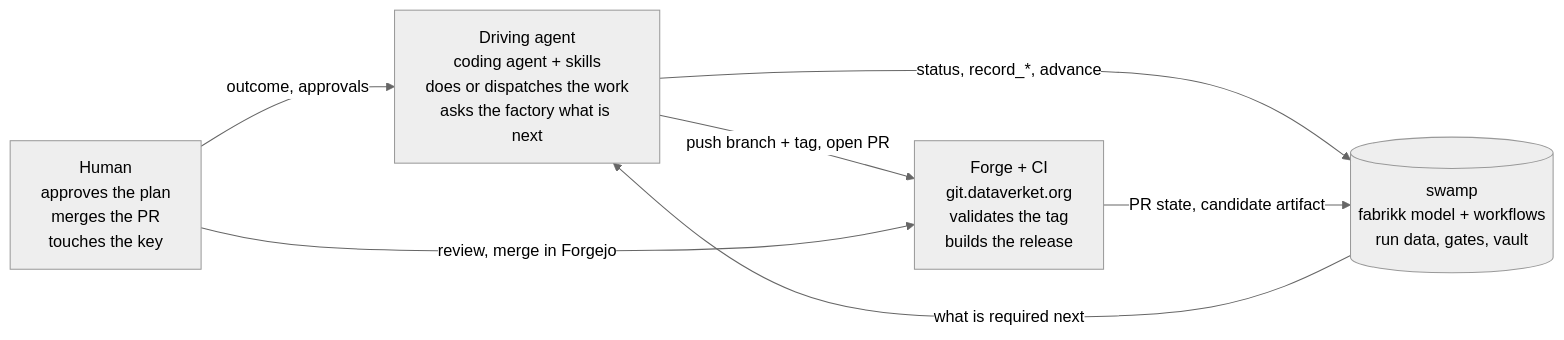
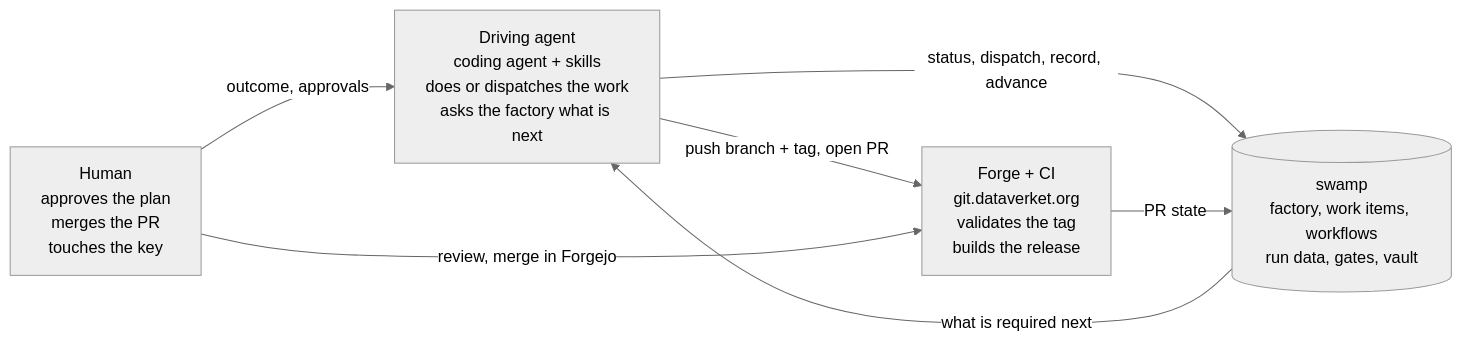
One commit to dataverket-org/fabrikk changed the first of 2 diagrams in design/factory.md. Above: the diagram before and after it, drawn with Mermaid (neutral theme). The commit also changed other lines of this file and 41 other files, not shown here.

````diff
--- a/design/factory.md
+++ b/design/factory.md
@@ -19,13 +19,13 @@
 ```mermaid
 flowchart LR
   H[Human<br/>approves the plan<br/>merges the PR<br/>touches the key]
   A[Driving agent<br/>coding agent + skills<br/>does or dispatches the work<br/>asks the factory what is next]
-  S[(swamp<br/>fabrikk model + workflows<br/>run data, gates, vault)]
+  S[(swamp<br/>factory, work items, workflows<br/>run data, gates, vault)]
   F[Forge + CI<br/>git.dataverket.org<br/>validates the tag<br/>builds the release]
   H -- "outcome, approvals" --> A
-  A -- "status, record_*, advance" --> S
+  A -- "status, dispatch, record, advance" --> S
   S -- "what is required next" --> A
   A -- "push branch + tag, open PR" --> F
-  F -- "PR state, candidate artifact" --> S
+  F -- "PR state" --> S
   H -- "review, merge in Forgejo" --> F
 ```
````
